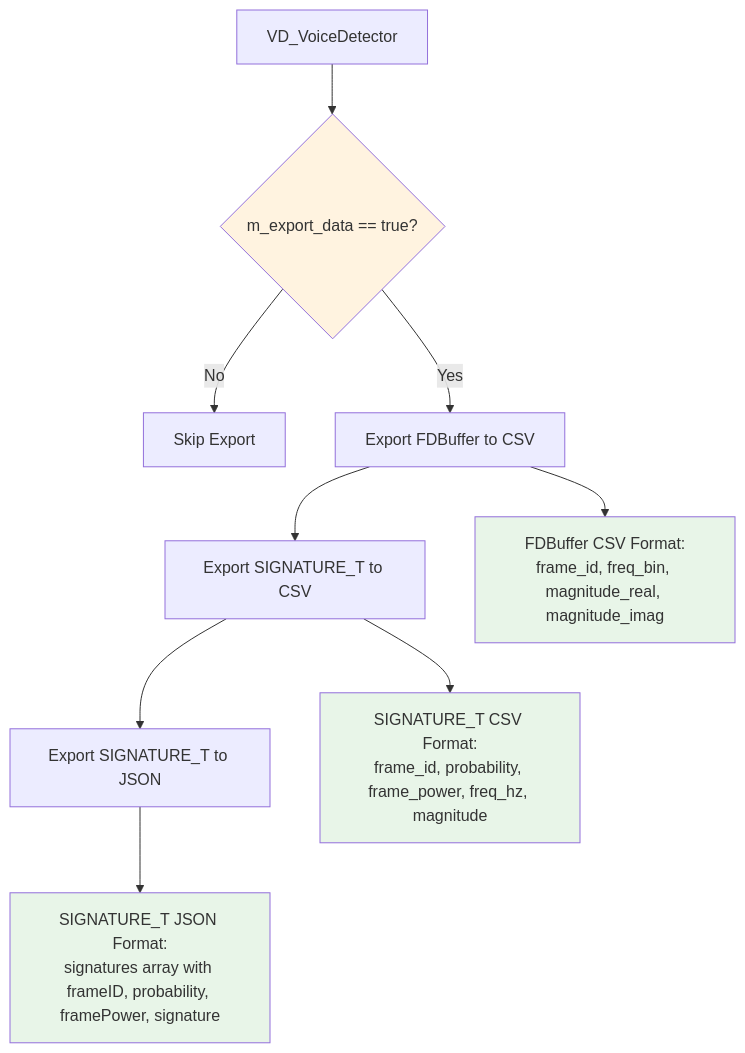
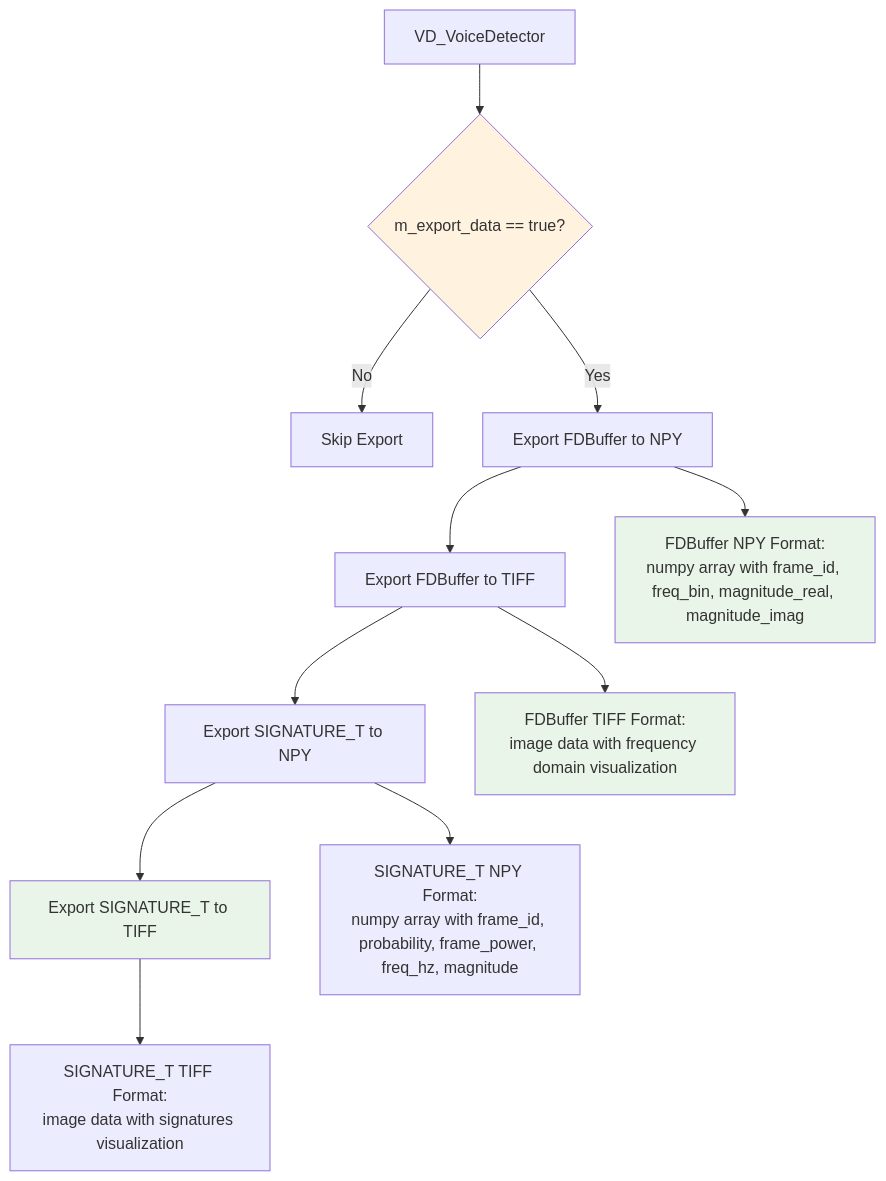
Before and after one commit to zl0bster/AP01: the eighth of 18 diagrams in src/vodec/docs/architecture.md, drawn with Mermaid. The commit also changed other lines of this file and 3 other files, not shown here.

````diff
--- a/src/vodec/docs/architecture.md
+++ b/src/vodec/docs/architecture.md
@@ -363,18 +363,20 @@
 ```mermaid
 graph TD
     A[VD_VoiceDetector] --> B{m_export_data == true?}
     B -->|No| C[Skip Export]
-    B -->|Yes| D[Export FDBuffer to CSV]
+    B -->|Yes| D[Export FDBuffer to NPY]
     
-    D --> E[Export SIGNATURE_T to CSV]
-    E --> F[Export SIGNATURE_T to JSON]
+    D --> E[Export FDBuffer to TIFF]
+    E --> F[Export SIGNATURE_T to NPY]
+    F --> G[Export SIGNATURE_T to TIFF]
     
-    D --> G["FDBuffer CSV Format:<br/>frame_id, freq_bin, magnitude_real, magnitude_imag"]
-    E --> H["SIGNATURE_T CSV Format:<br/>frame_id, probability, frame_power, freq_hz, magnitude"]
-    F --> I["SIGNATURE_T JSON Format:<br/>signatures array with frameID, probability, framePower, signature"]
+    D --> H["FDBuffer NPY Format:<br/>numpy array with frame_id, freq_bin, magnitude_real, magnitude_imag"]
+    E --> I["FDBuffer TIFF Format:<br/>image data with frequency domain visualization"]
+    F --> J["SIGNATURE_T NPY Format:<br/>numpy array with frame_id, probability, frame_power, freq_hz, magnitude"]
+    G --> K["SIGNATURE_T TIFF Format:<br/>image data with signatures visualization"]
     
     style B fill:#fff3e0
     style G fill:#e8f5e8
     style H fill:#e8f5e8
     style I fill:#e8f5e8
 ```
````
